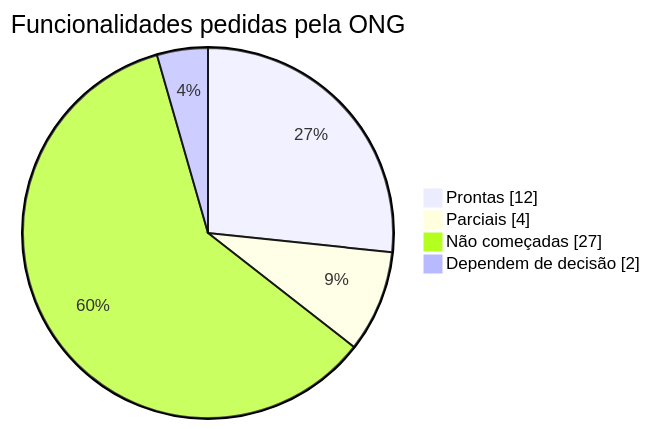
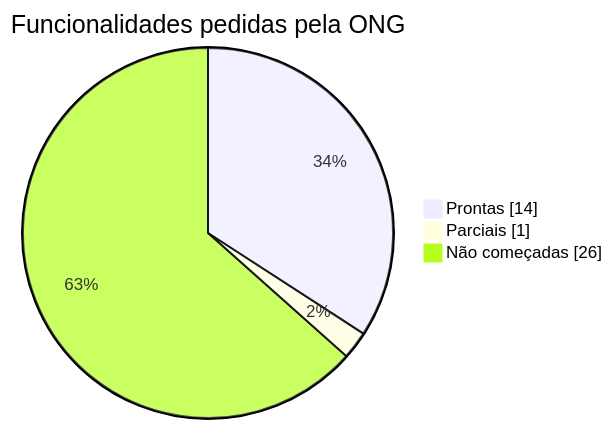
One commit to projeto-resgate/projetoresgate-api changed the diagram in docs/negocio/situacao-do-sistema.md. Above: the diagram before and after it, drawn with Mermaid. The commit also changed other lines of this file and 6 other files, not shown here.

````diff
--- a/docs/negocio/situacao-do-sistema.md
+++ b/docs/negocio/situacao-do-sistema.md
@@ -11,7 +11,6 @@
 ```mermaid
 pie showData title Funcionalidades pedidas pela ONG
-    "Prontas" : 12
-    "Parciais" : 4
-    "Não começadas" : 27
-    "Dependem de decisão" : 2
+    "Prontas" : 14
+    "Parciais" : 1
+    "Não começadas" : 26
 ```
````
